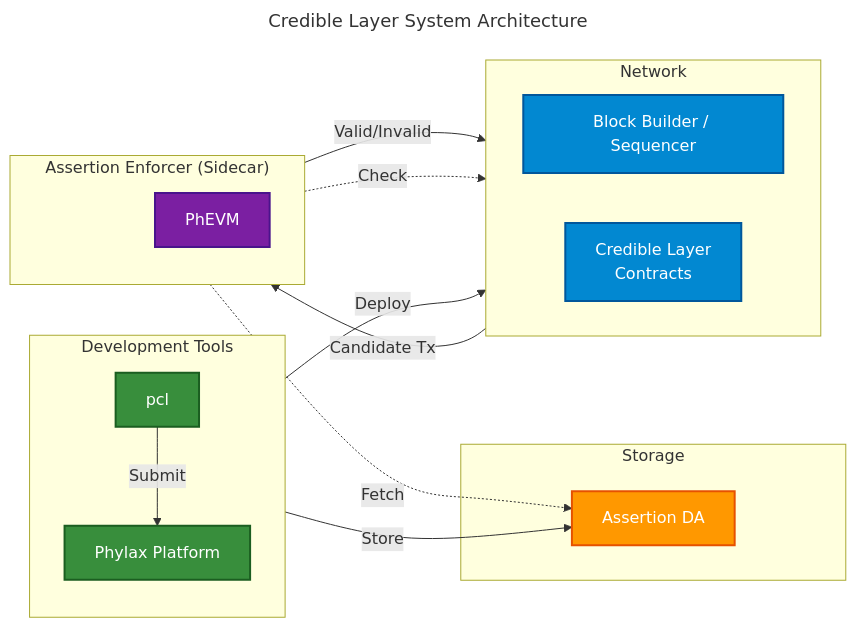
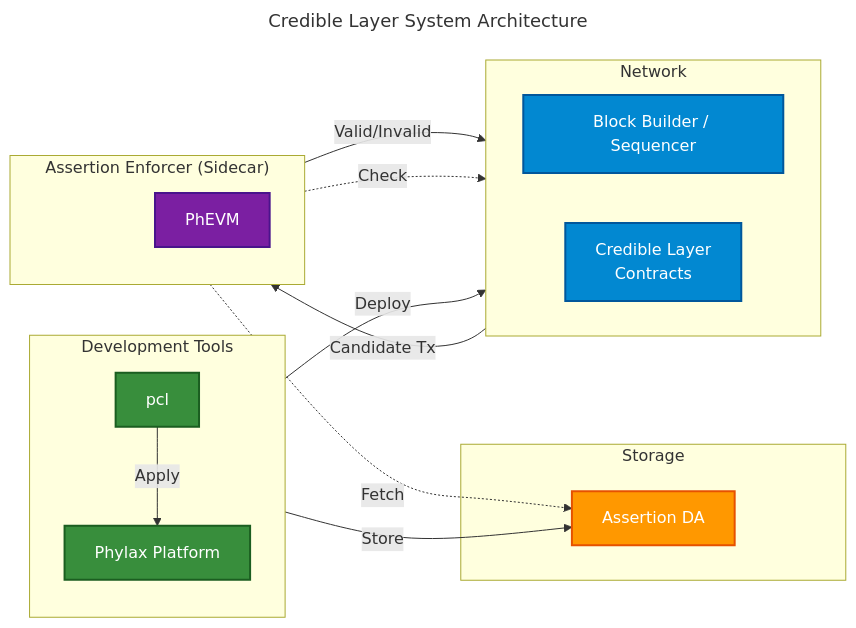
Before and after one commit to phylaxsystems/phylax-docs: the first of 3 diagrams in credible/architecture-overview.mdx, drawn with Mermaid. The commit also changed other lines of this file and 19 other files, not shown here.

````diff
--- a/credible/architecture-overview.mdx
+++ b/credible/architecture-overview.mdx
@@ -29,48 +29,48 @@
 ```mermaid
 ---
 title: Credible Layer System Architecture
 ---
 flowchart LR
     subgraph dev["Development Tools"]
         direction TB
         CLI["pcl"]
-        DAPP["Phylax Platform"]
+        PLATFORM["Phylax Platform"]
     end
 
     subgraph storage["Storage"]
         DA["Assertion DA"]
     end
 
     subgraph network["Network"]
         direction LR
         VALIDATOR["Block Builder / Sequencer"]
         REGISTRY["Credible Layer<br/>Contracts"]
     end
 
     subgraph enforcer["Assertion Enforcer (Sidecar)"]
         direction TB
         SPACER_E[" "]
         PhEVM["PhEVM"]
     end
 
-    CLI -->|"Store"| DA
-    CLI -->|"Submit"| DAPP
-    DAPP -->|"Deploy"| REGISTRY
+    CLI -->|"Apply"| PLATFORM
+    PLATFORM -->|"Store"| DA
+    PLATFORM -->|"Deploy"| REGISTRY
 
     VALIDATOR -->|"Candidate Tx"| PhEVM
     PhEVM -->|"Valid/Invalid"| VALIDATOR
     PhEVM -.->|"Fetch"| DA
     PhEVM -.->|"Check"| REGISTRY
 
     classDef dev fill:#388e3c,stroke:#1b5e20,stroke-width:2px,color:#fff
     classDef storage fill:#ff9800,stroke:#e65100,stroke-width:2px,color:#fff
     classDef network fill:#0288d1,stroke:#01579b,stroke-width:2px,color:#fff
     classDef sidecar fill:#7b1fa2,stroke:#4a148c,stroke-width:2px,color:#fff
     classDef invisible fill:none,stroke:none
 
-    class CLI,DAPP dev
+    class CLI,PLATFORM dev
     class DA storage
     class VALIDATOR,REGISTRY network
     class PhEVM sidecar
     class SPACER_E invisible
 ```
````
